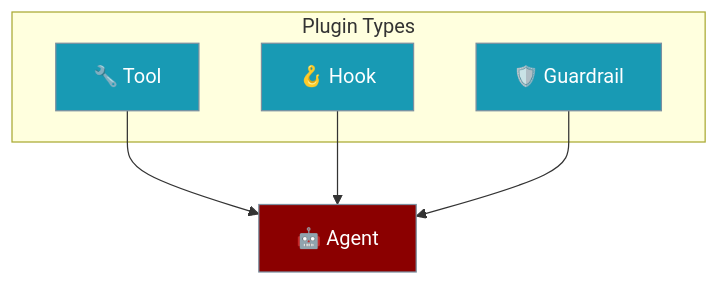
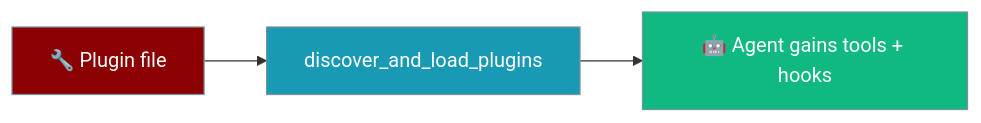
Before and after one commit to MervinPraison/PraisonAIDocs: the first of 4 diagrams in docs/features/plugins.mdx, drawn with Mermaid. The commit also changed other lines of this file and 9 other files, not shown here.

````diff
--- a/docs/features/plugins.mdx
+++ b/docs/features/plugins.mdx
@@ -26,18 +26,12 @@
 ```mermaid
-graph TB
-    subgraph "Plugin Types"
-        TOOL["🔧 Tool"]
-        HOOK["🪝 Hook"]
-        GUARD["🛡️ Guardrail"]
-    end
+graph LR
+    Plugin[🔧 Plugin file] --> Load[discover_and_load_plugins]
+    Load --> Agent[🤖 Agent gains tools + hooks]
 
-    TOOL --> CORE["🤖 Agent"]
-    HOOK --> CORE
-    GUARD --> CORE
-
-    classDef tool fill:#189AB4,stroke:#7C90A0,color:#fff
-    classDef agent fill:#8B0000,stroke:#7C90A0,color:#fff
-
-    class TOOL,HOOK,GUARD tool
-    class CORE agent
+    classDef input fill:#8B0000,stroke:#7C90A0,color:#fff
+    classDef process fill:#189AB4,stroke:#7C90A0,color:#fff
+    classDef output fill:#10B981,stroke:#7C90A0,color:#fff
+    class Plugin input
+    class Load process
+    class Agent output
 ```
````
